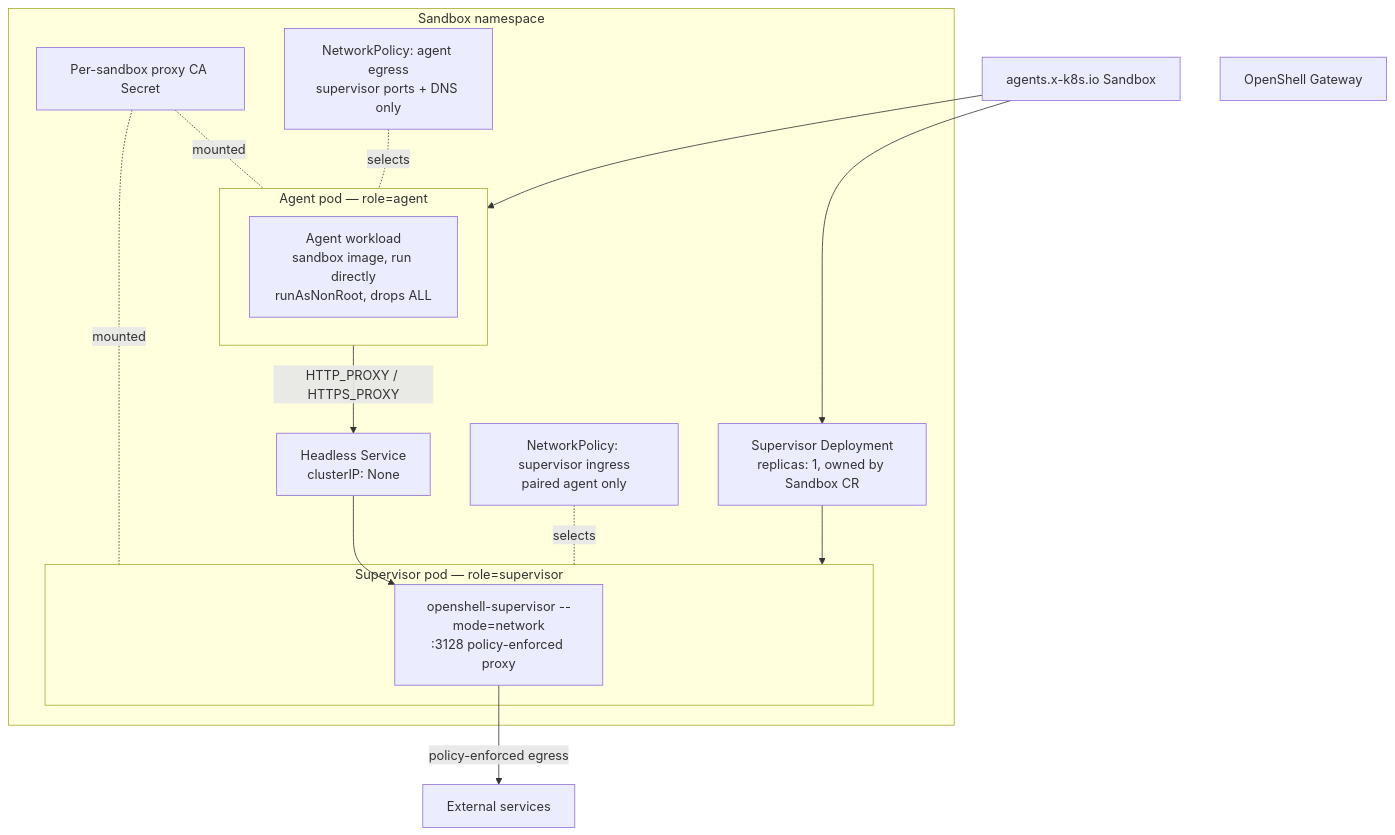
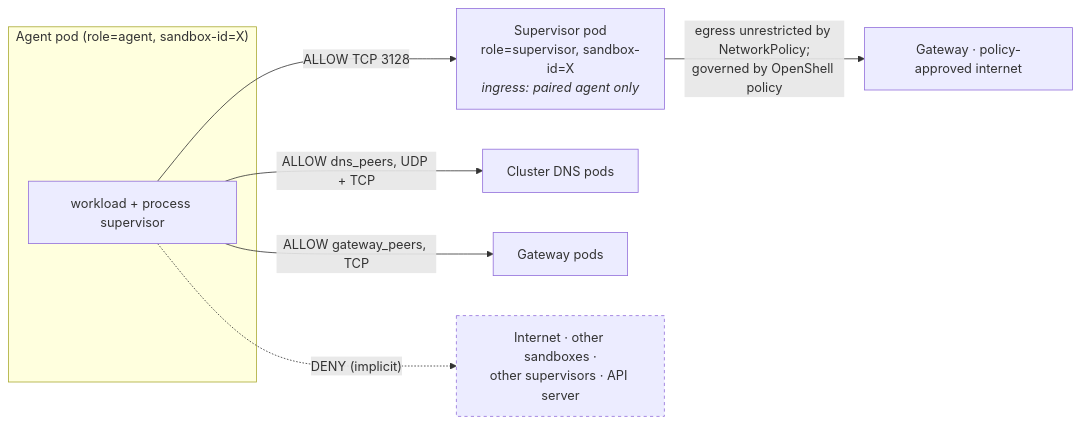
The fourth of 5 diagrams in rfc/proxy-pod-topology-DRAFT.md (NVIDIA/OpenShell), drawn with Mermaid before and after one commit. The commit also changed other lines of this file, not shown here.

First line of the commit message:
docs(rfc): align proxy-pod RFC with implementation and add diagrams

````diff
--- a/rfc/proxy-pod-topology-DRAFT.md
+++ b/rfc/proxy-pod-topology-DRAFT.md
@@ -327,34 +398,20 @@
 ```mermaid
-flowchart TB
-  Sandbox["agents.x-k8s.io Sandbox"]
-
-  subgraph Namespace["Sandbox namespace"]
-    subgraph AgentPod["Agent pod — role=agent"]
-      Workload["Agent workload<br/>sandbox image, run directly<br/>runAsNonRoot, drops ALL"]
-    end
-
-    Deployment["Supervisor Deployment<br/>replicas: 1, owned by Sandbox CR"]
-    subgraph SupervisorPod["Supervisor pod — role=supervisor"]
-      Proxy["openshell-supervisor --mode=network<br/>:3128 policy-enforced proxy"]
-    end
-
-    Service["Headless Service<br/>clusterIP: None"]
-    CA["Per-sandbox proxy CA Secret"]
-    EgressNP["NetworkPolicy: agent egress<br/>supervisor ports + DNS only"]
-    IngressNP["NetworkPolicy: supervisor ingress<br/>paired agent only"]
+flowchart LR
+  subgraph AP["Agent pod (role=agent, sandbox-id=X)"]
+    W["workload + process supervisor"]
   end
 
-  Gateway["OpenShell Gateway"]
-  External["External services"]
+  SP["Supervisor pod<br/>role=supervisor, sandbox-id=X<br/><i>ingress: paired agent only</i>"]
+  DNS["Cluster DNS pods"]
+  GW["Gateway pods"]
+  Denied["Internet · other sandboxes ·<br/>other supervisors · API server"]
+  Out["Gateway · policy-approved internet"]
 
-  Sandbox --> AgentPod
-  Sandbox --> Deployment
-  Deployment --> SupervisorPod
-  AgentPod -->|"HTTP_PROXY / HTTPS_PROXY"| Service
-  Service --> Proxy
-  Proxy -->|"policy-enforced egress"| External
-  CA -. mounted .- AgentPod
-  CA -. mounted .- SupervisorPod
-  EgressNP -. selects .- AgentPod
-  IngressNP -. selects .- SupervisorPod
+  W -->|"ALLOW TCP 3128"| SP
+  W -->|"ALLOW dns_peers, UDP + TCP"| DNS
+  W -->|"ALLOW gateway_peers, TCP"| GW
+  W -.->|"DENY (implicit)"| Denied
+  SP -->|"egress unrestricted by NetworkPolicy;<br/>governed by OpenShell policy"| Out
+
+  style Denied stroke-dasharray: 4 4
 ```
````
